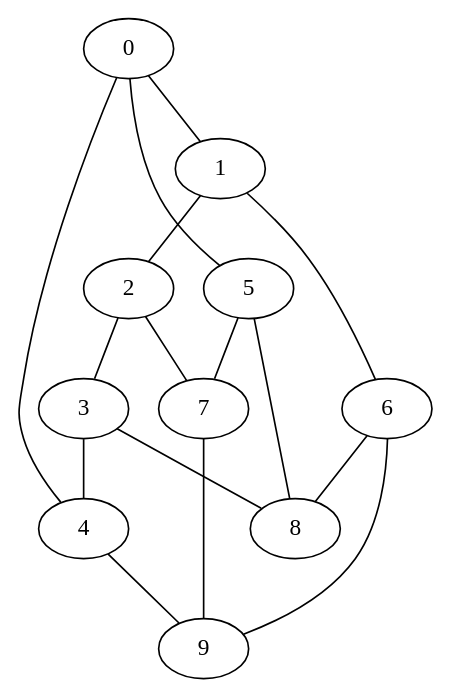
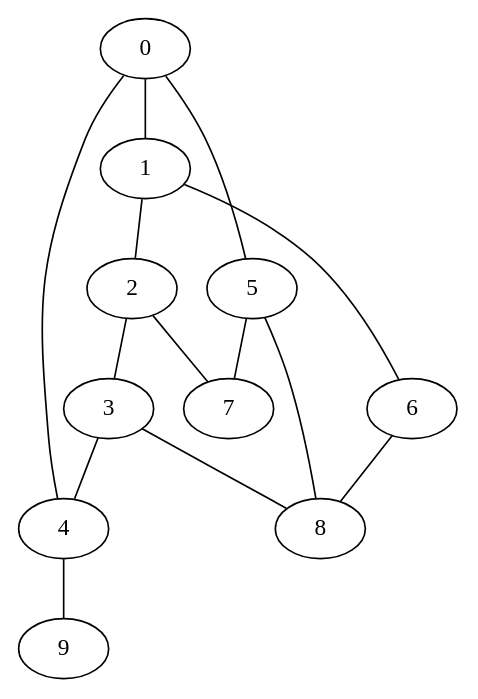
Before and after one commit to Shopticks/Estimated-work: the diagram in visualize.gv, drawn with Graphviz. The commit also changed 4 other files, not shown here.

```diff
--- a/visualize.gv
+++ b/visualize.gv
@@ -1,17 +1,15 @@
 graph G {
 0 -- 1;
 0 -- 4;
 0 -- 5;
 1 -- 2;
 1 -- 6;
 2 -- 3;
 2 -- 7;
 3 -- 4;
 3 -- 8;
 4 -- 9;
 5 -- 7;
 5 -- 8;
 6 -- 8;
-6 -- 9;
-7 -- 9;
 }
```
